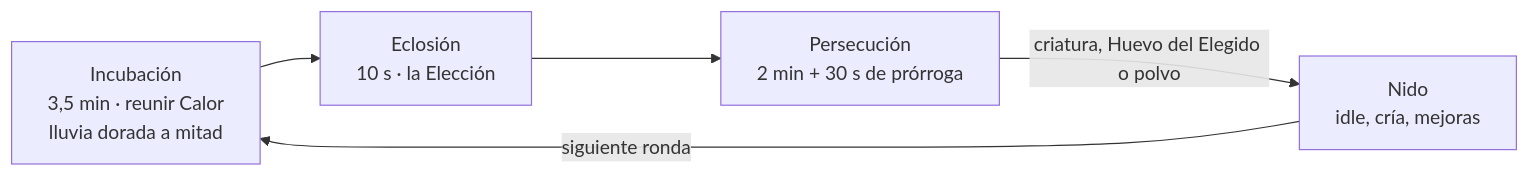
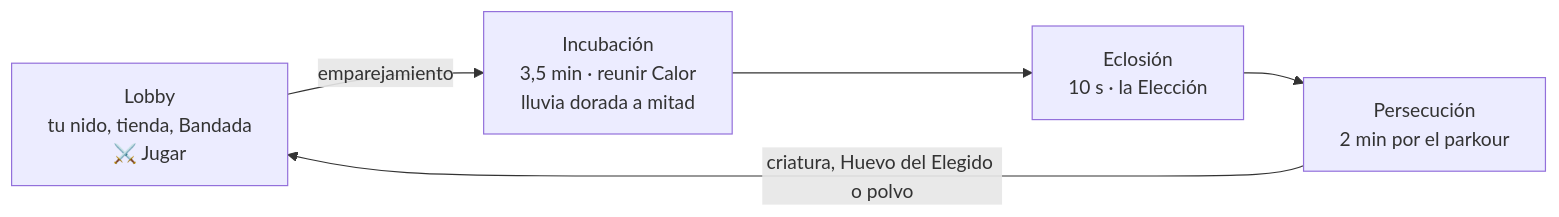
Before and after one commit to adrianps2001/IA: the diagram in docs/GDD.md, drawn with Mermaid. The commit also changed other lines of this file and 14 other files, not shown here.

````diff
--- a/docs/GDD.md
+++ b/docs/GDD.md
@@ -89,7 +110,7 @@
 ```mermaid
 flowchart LR
-  A[Incubación<br/>3,5 min · reunir Calor<br/>lluvia dorada a mitad] --> B[Eclosión<br/>10 s · la Elección]
-  B --> C[Persecución<br/>2 min + 30 s de prórroga]
-  C -->|criatura, Huevo del Elegido o polvo| D[Nido<br/>idle, cría, mejoras]
-  D -->|siguiente ronda| A
+  L[Lobby<br/>tu nido, tienda, Bandada<br/>⚔️ Jugar] -->|emparejamiento| A[Incubación<br/>3,5 min · reunir Calor<br/>lluvia dorada a mitad]
+  A --> B[Eclosión<br/>10 s · la Elección]
+  B --> C[Persecución<br/>2 min por el parkour]
+  C -->|criatura, Huevo del Elegido o polvo| L
 ```
````
